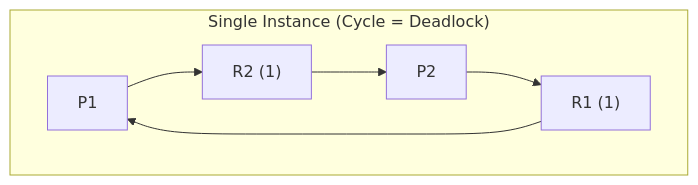
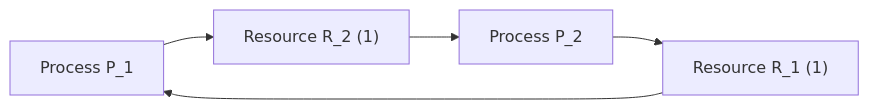
One commit to skc-coder/notevault changed the second of 2 diagrams in notes/Deadlock - Resource Allocation Graph Analysis.md. Above: the diagram before and after it, drawn with Mermaid. The commit also changed other lines of this file and 22 other files, not shown here.

````diff
--- a/notes/Deadlock - Resource Allocation Graph Analysis.md
+++ b/notes/Deadlock - Resource Allocation Graph Analysis.md
@@ -36,10 +50,7 @@
 ```mermaid
 flowchart LR
-    subgraph SingleInstanceDeadlock["Single Instance (Cycle = Deadlock)"]
-        direction LR
-        P1["P1"] --> R2["R2 (1)"]
-        R2 --> P2["P2"]
-        P2 --> R1["R1 (1)"]
-        R1 --> P1
-    end
+    P1["Process P_1"] --> R2["Resource R_2 (1)"]
+    R2 --> P2["Process P_2"]
+    P2 --> R1["Resource R_1 (1)"]
+    R1 --> P1
 ```
````
